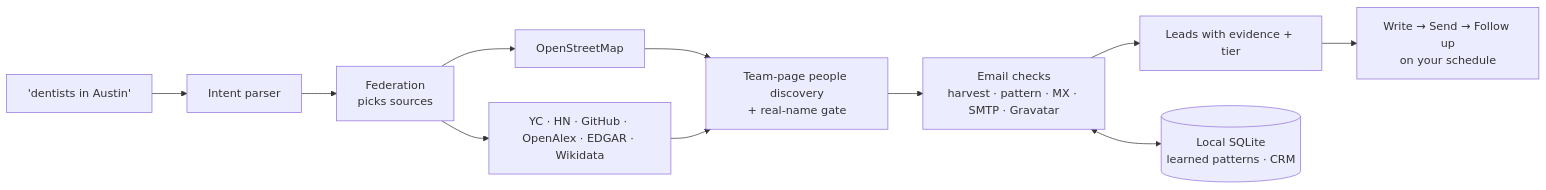
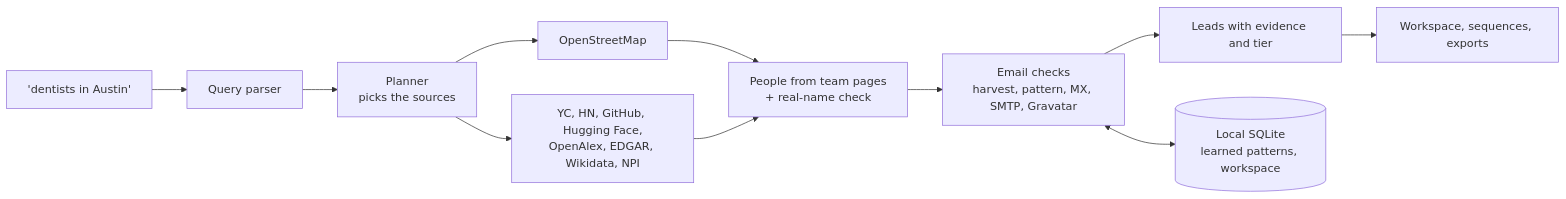
Before and after one commit to Samyrrrrrr990/openleads: the diagram in README.md, drawn with Mermaid. The commit also changed other lines of this file, not shown here.

````diff
--- a/README.md
+++ b/README.md
@@ -250,12 +217,12 @@
 ```mermaid
 flowchart LR
-    Q["'dentists in Austin'"] --> P[Intent parser]
-    P --> F[Federation<br/>picks sources]
+    Q["'dentists in Austin'"] --> P[Query parser]
+    P --> F[Planner<br/>picks the sources]
     F --> S1[OpenStreetMap]
-    F --> S2[YC · HN · GitHub · OpenAlex · EDGAR · Wikidata]
-    S1 & S2 --> D[Team-page people discovery<br/>+ real-name gate]
-    D --> E[Email checks<br/>harvest · pattern · MX · SMTP · Gravatar]
-    E --> L[Leads with evidence + tier]
-    L --> W[Write → Send → Follow up<br/>on your schedule]
-    E <--> DB[(Local SQLite<br/>learned patterns · CRM)]
+    F --> S2[YC, HN, GitHub, Hugging Face,<br/>OpenAlex, EDGAR, Wikidata, NPI]
+    S1 & S2 --> D[People from team pages<br/>+ real-name check]
+    D --> E[Email checks<br/>harvest, pattern, MX, SMTP, Gravatar]
+    E --> L[Leads with evidence and tier]
+    L --> W[Workspace, sequences, exports]
+    E <--> DB[(Local SQLite<br/>learned patterns, workspace)]
 ```
````
